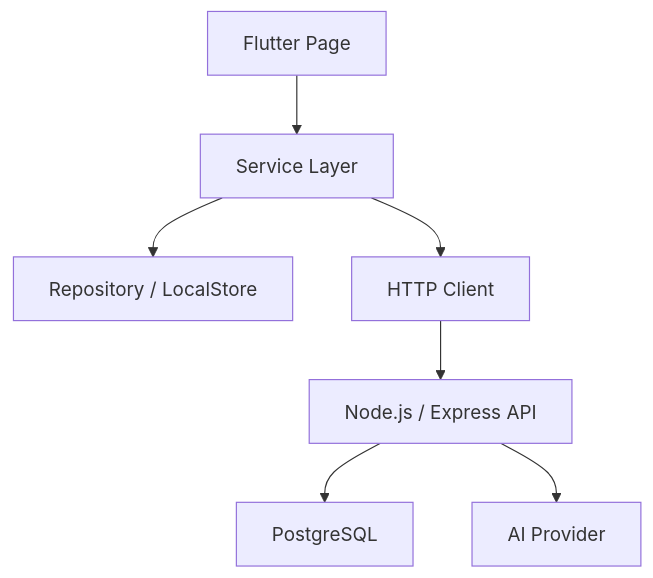
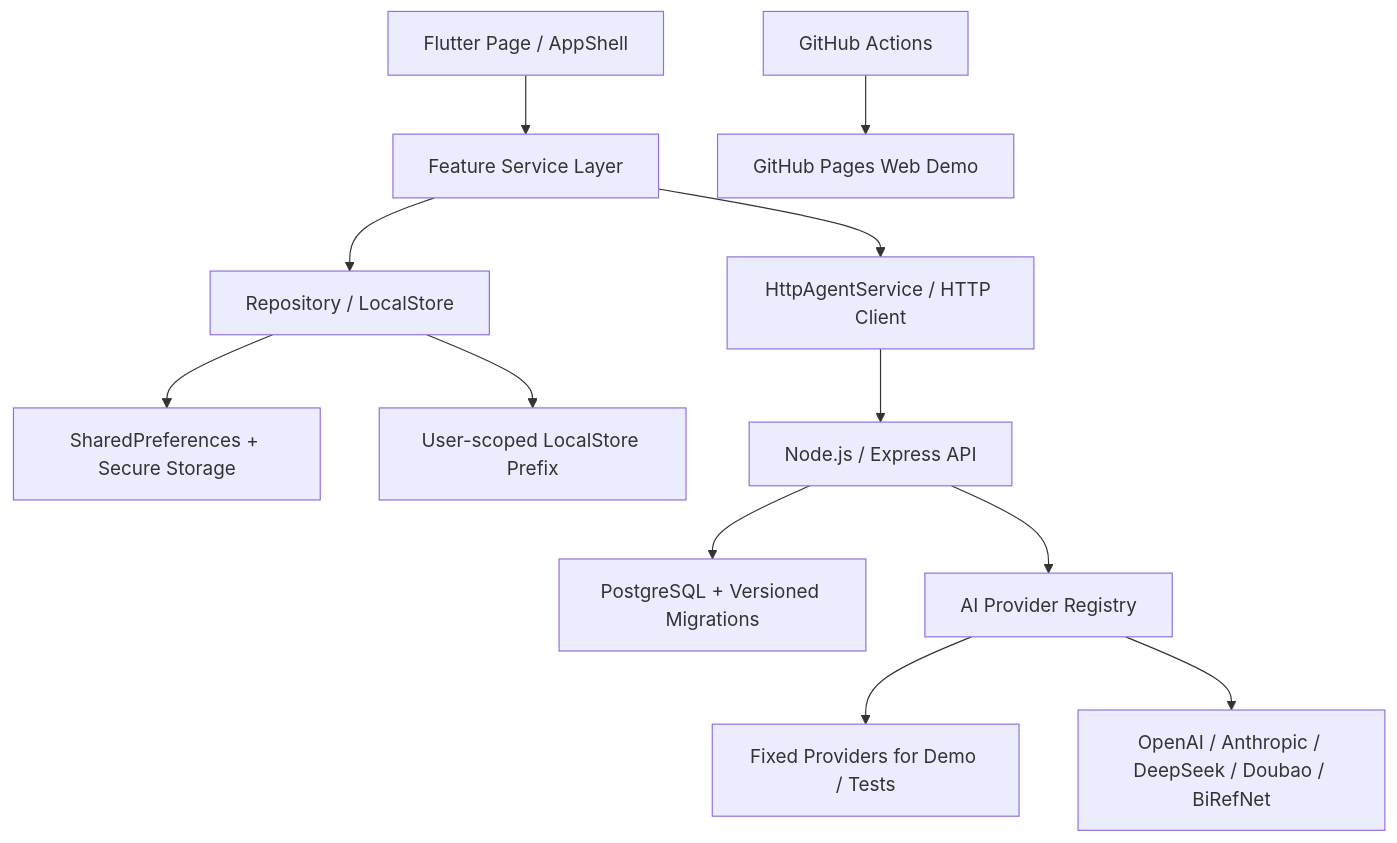
One commit to ranwang053-png/easylife-ai-companion changed the second of 2 diagrams in docs/PORTFOLIO_CASE_STUDY.md. Above: the diagram before and after it, drawn with Mermaid. The commit also changed other lines of this file, not shown here.

Commit message:
Update portfolio architecture section

````diff
--- a/docs/PORTFOLIO_CASE_STUDY.md
+++ b/docs/PORTFOLIO_CASE_STUDY.md
@@ -204,9 +213,14 @@
 ```mermaid
 flowchart TD
-  A["Flutter Page"] --> B["Service Layer"]
+  A["Flutter Page / AppShell"] --> B["Feature Service Layer"]
   B --> C["Repository / LocalStore"]
-  B --> D["HTTP Client"]
+  C --> C1["SharedPreferences + Secure Storage"]
+  C --> C2["User-scoped LocalStore Prefix"]
+  B --> D["HttpAgentService / HTTP Client"]
   D --> E["Node.js / Express API"]
-  E --> F["PostgreSQL"]
-  E --> G["AI Provider"]
+  E --> F["PostgreSQL + Versioned Migrations"]
+  E --> G["AI Provider Registry"]
+  G --> H["Fixed Providers for Demo / Tests"]
+  G --> I["OpenAI / Anthropic / DeepSeek / Doubao / BiRefNet"]
+  J["GitHub Actions"] --> K["GitHub Pages Web Demo"]
 ```
````
